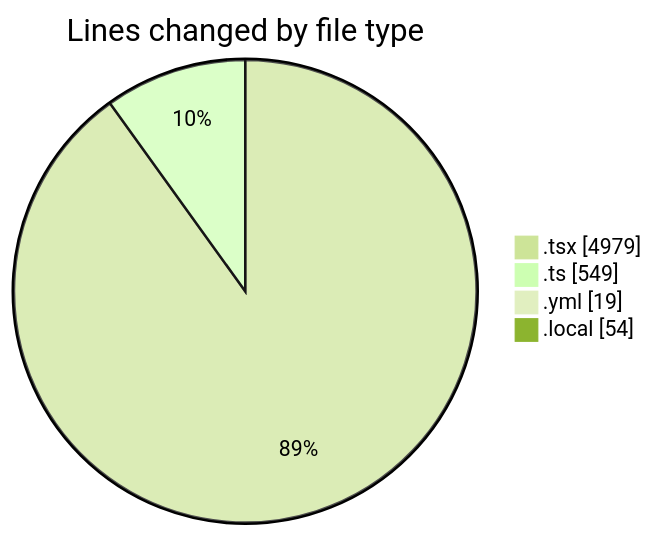
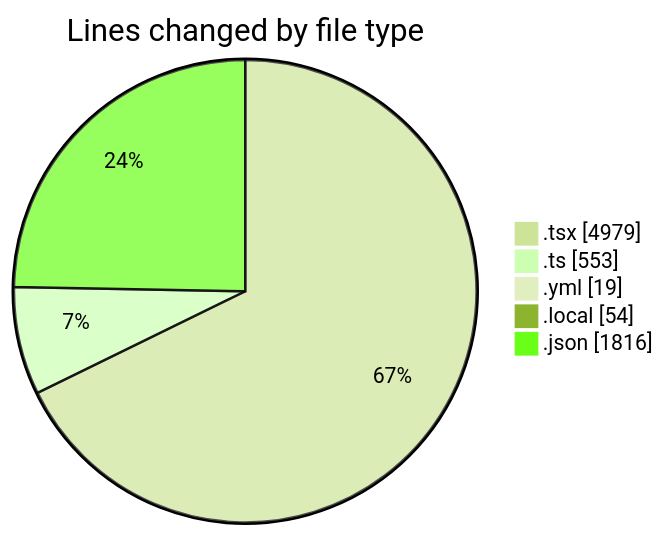
The first of 2 diagrams in 2025-11-18/eventscop-frontend-guide__workspace_/README.md (julien-gomy/code-tracking), drawn with Mermaid (forest theme) before and after one commit. The commit also changed other lines of this file and 1 other file, not shown here.

````diff
--- a/2025-11-18/eventscop-frontend-guide__workspace_/README.md
+++ b/2025-11-18/eventscop-frontend-guide__workspace_/README.md
@@ -64,8 +65,9 @@
 ```mermaid
 pie showData
 title Lines changed by file type
 ".tsx" : 4979
-".ts" : 549
+".ts" : 553
 ".yml" : 19
 ".local" : 54
+".json" : 1816
 ```
````
